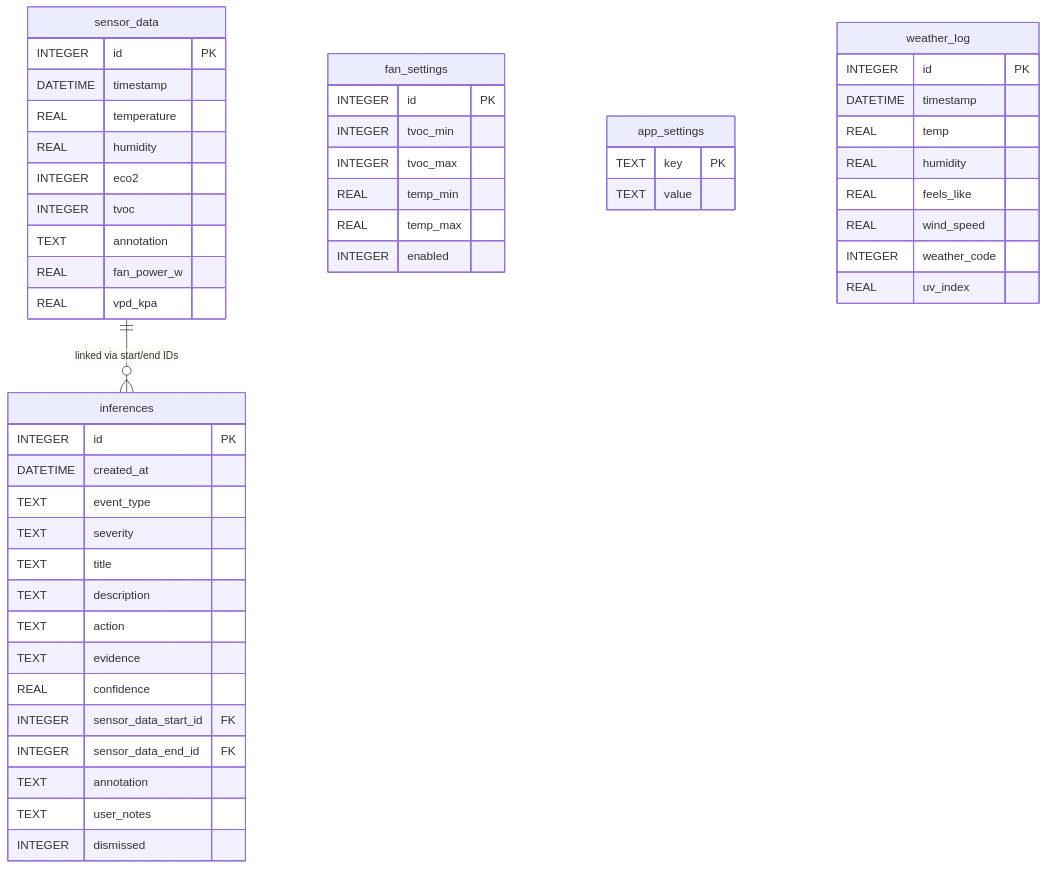
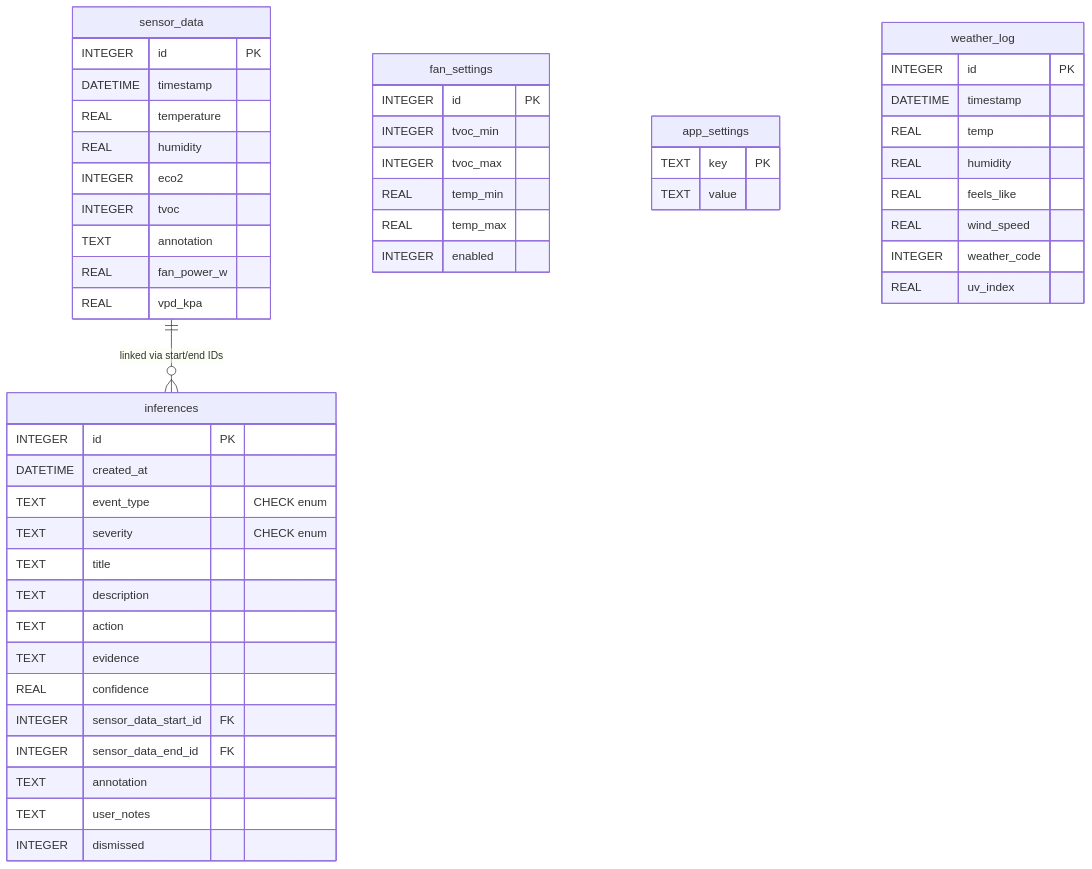
One commit to Ryan-be/mars-air-quility changed the diagram in readme.md. Above: the diagram before and after it, drawn with Mermaid. The commit also changed other lines of this file and 2 other files, not shown here.

Commit message:
fix: enforce event_type/severity as CHECK enums, rename climate→warning
- Add CHECK constraints on event_type (18 valid values + annotation_context_*)
  and severity (info/warning/critical) in the inferences table DDL.
- Rename "climate" category to "warning" for amber-level alerts.
- Fix pylint line-too-long issues in init_db.py and inference_engine.py.
- Update README schema diagram and inference output docs.

````diff
--- a/readme.md
+++ b/readme.md
@@ -187,58 +187,58 @@
 ```mermaid
 erDiagram
     sensor_data {
         INTEGER id PK
         DATETIME timestamp
         REAL    temperature
         REAL    humidity
         INTEGER eco2
         INTEGER tvoc
         TEXT    annotation
         REAL    fan_power_w
         REAL    vpd_kpa
     }
 
     fan_settings {
         INTEGER id PK
         INTEGER tvoc_min
         INTEGER tvoc_max
         REAL    temp_min
         REAL    temp_max
         INTEGER enabled
     }
 
     app_settings {
         TEXT key   PK
         TEXT value
     }
 
     weather_log {
         INTEGER id           PK
         DATETIME timestamp
         REAL    temp
         REAL    humidity
         REAL    feels_like
         REAL    wind_speed
         INTEGER weather_code
         REAL    uv_index
     }
 
     inferences {
         INTEGER  id PK
         DATETIME created_at
-        TEXT     event_type
-        TEXT     severity
+        TEXT     event_type "CHECK enum"
+        TEXT     severity "CHECK enum"
         TEXT     title
         TEXT     description
         TEXT     action
         TEXT     evidence
         REAL     confidence
         INTEGER  sensor_data_start_id FK
         INTEGER  sensor_data_end_id FK
         TEXT     annotation
         TEXT     user_notes
         INTEGER  dismissed
     }
 
     sensor_data ||--o{ inferences : "linked via start/end IDs"
 ```
````
